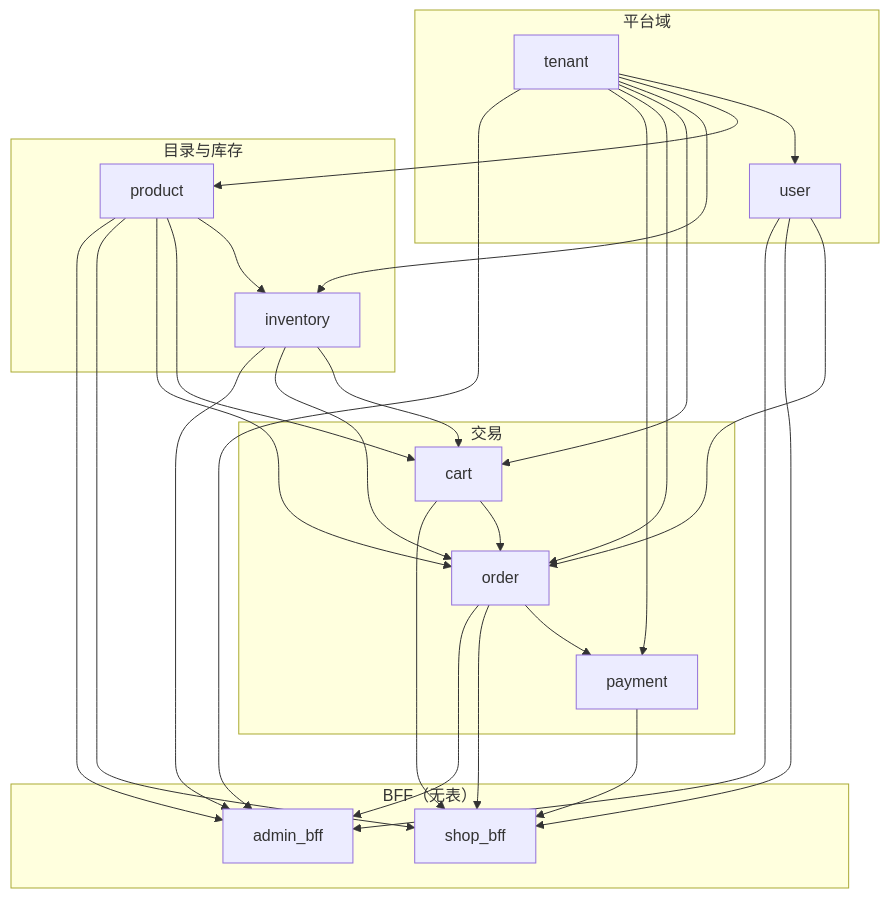
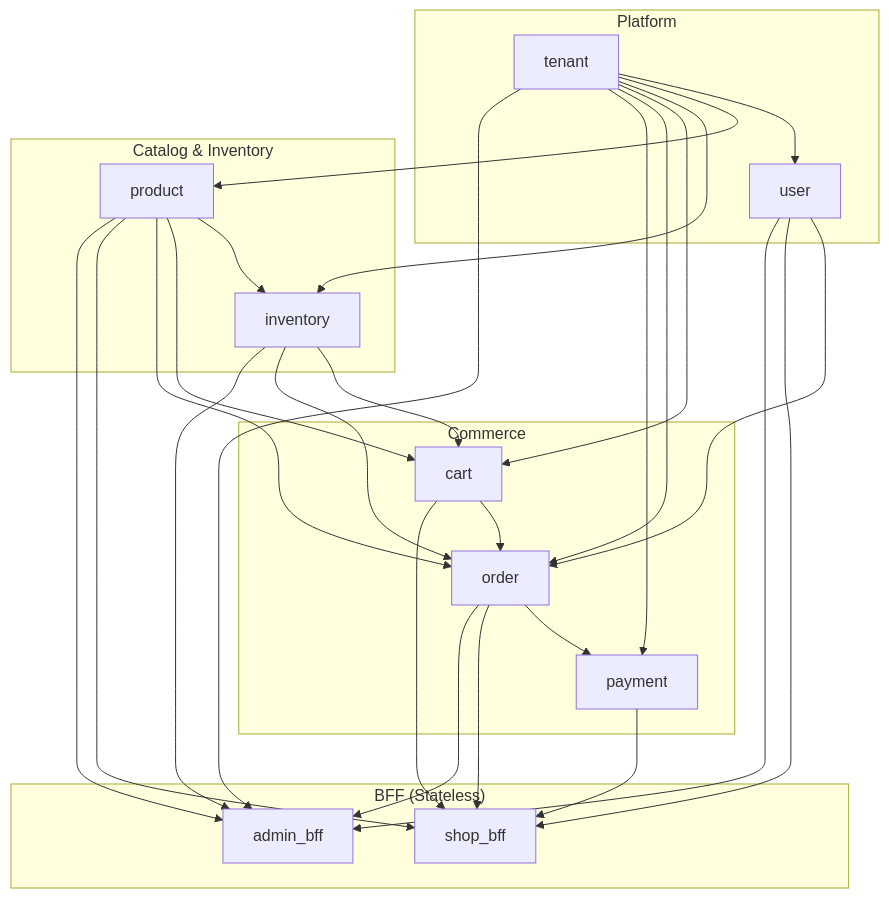
One commit to chy3xyz/zigmodu changed the diagram in docs/guide/MODULITH_TENANT_SHOP.md. Above: the diagram before and after it, drawn with Mermaid. The commit also changed other lines of this file and 45 other files, not shown here.

````diff
--- a/docs/guide/MODULITH_TENANT_SHOP.md
+++ b/docs/guide/MODULITH_TENANT_SHOP.md
@@ -27,50 +25,50 @@
 ```mermaid
 flowchart TB
-  subgraph platform["平台域"]
+  subgraph platform["Platform"]
     tenant["tenant"]
     user["user"]
   end
 
-  subgraph catalog["目录与库存"]
+  subgraph catalog["Catalog & Inventory"]
     product["product"]
     inventory["inventory"]
   end
 
-  subgraph commerce["交易"]
+  subgraph commerce["Commerce"]
     cart["cart"]
     order["order"]
     payment["payment"]
   end
 
-  subgraph bff["BFF（无表）"]
+  subgraph bff["BFF (Stateless)"]
     shop_bff["shop_bff"]
     admin_bff["admin_bff"]
   end
 
   tenant --> user
   tenant --> product
   tenant --> inventory
   product --> inventory
   tenant --> cart
   product --> cart
   inventory --> cart
   tenant --> order
   user --> order
   product --> order
   inventory --> order
   cart --> order
   tenant --> payment
   order --> payment
 
   product --> shop_bff
   cart --> shop_bff
   order --> shop_bff
   payment --> shop_bff
   user --> shop_bff
 
   tenant --> admin_bff
   product --> admin_bff
   inventory --> admin_bff
   order --> admin_bff
   user --> admin_bff
 ```
````
